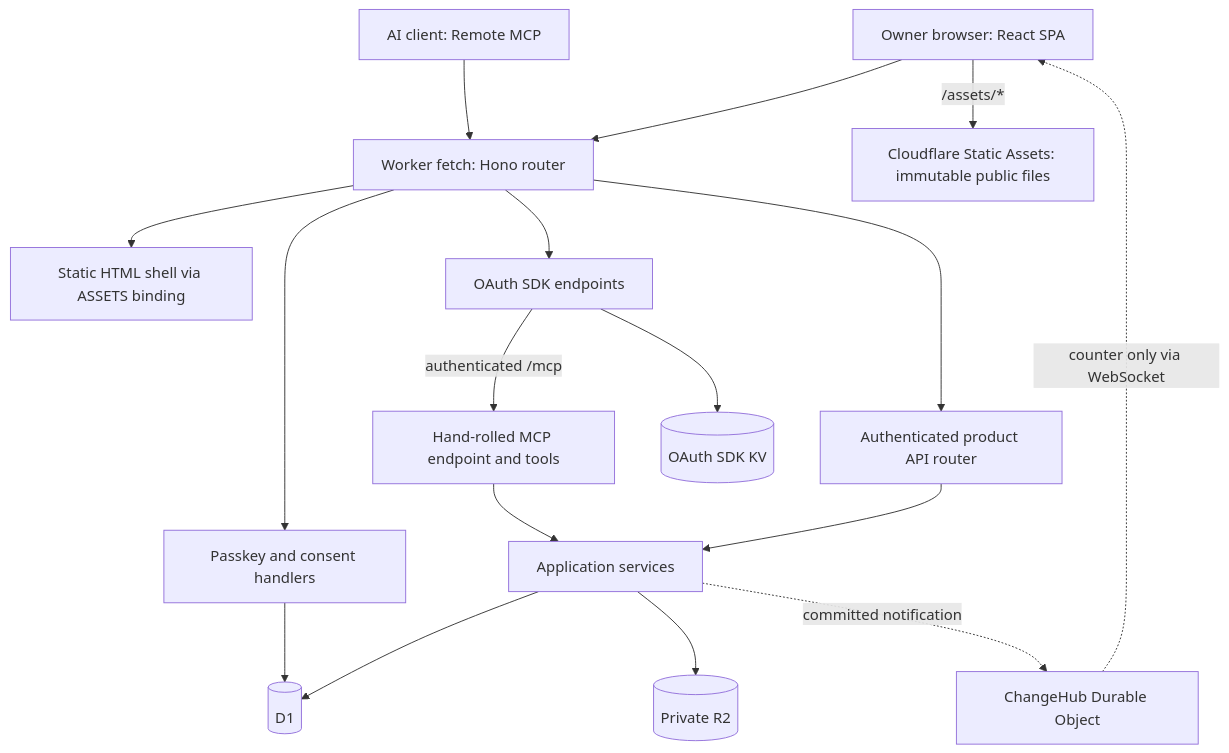
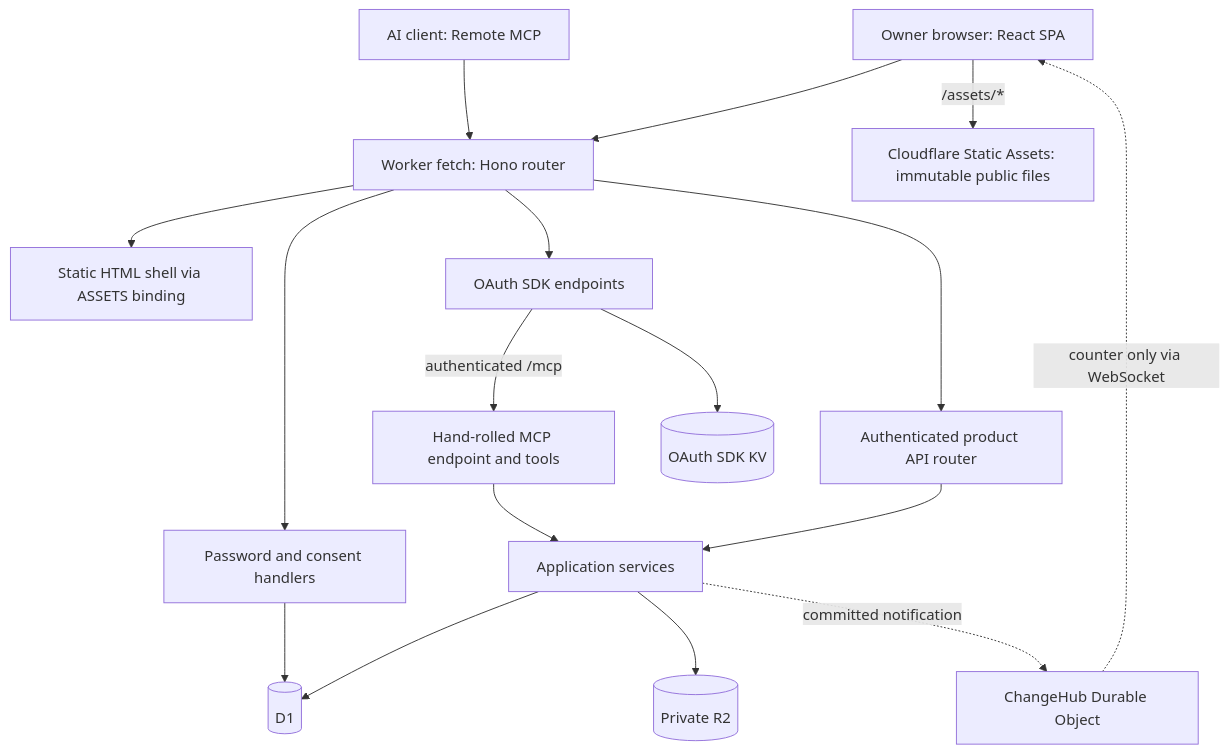
One commit to duanxianpi/InkLoop changed the first of 2 diagrams in docs/architecture.md. Above: the diagram before and after it, drawn with Mermaid. The commit also changed other lines of this file and 74 other files, not shown here.

Commit message:
feat: implement InkLoop board, password auth and persistent MCP workflows

````diff
--- a/docs/architecture.md
+++ b/docs/architecture.md
@@ -36,19 +37,19 @@
 ```mermaid
 flowchart TD
     Browser[Owner browser: React SPA] --> Hono[Worker fetch: Hono router]
     Browser -->|/assets/*| Static[Cloudflare Static Assets: immutable public files]
     Agent[AI client: Remote MCP] --> Hono
     Hono --> Assets[Static HTML shell via ASSETS binding]
-    Hono --> Auth[Passkey and consent handlers]
+    Hono --> Auth[Password and consent handlers]
     Hono --> SDK[OAuth SDK endpoints]
     Hono --> Web[Authenticated product API router]
     SDK -->|authenticated /mcp| MCP[Hand-rolled MCP endpoint and tools]
     Web --> Services[Application services]
     MCP --> Services
     Auth --> DB[(D1)]
     SDK --> KV[(OAuth SDK KV)]
     Services --> DB
     Services --> R2[(Private R2)]
     Services -. committed notification .-> Hub[ChangeHub Durable Object]
     Hub -. counter only via WebSocket .-> Browser
 ```
````
